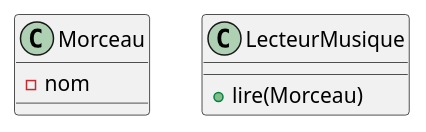
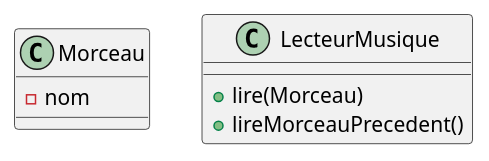
The diagram in src/uml/memento.puml (jandry/design-pattern), drawn with PlantUML before and after one commit. The commit also changed 2 other files, not shown here.

```diff
--- a/src/uml/memento.puml
+++ b/src/uml/memento.puml
@@ -1,11 +1,12 @@
 @startuml Todo
 
 class Morceau {
     - nom
 }
 
 class LecteurMusique {
     + lire(Morceau)
+    + lireMorceauPrecedent()
 }
 
 @enduml
```
